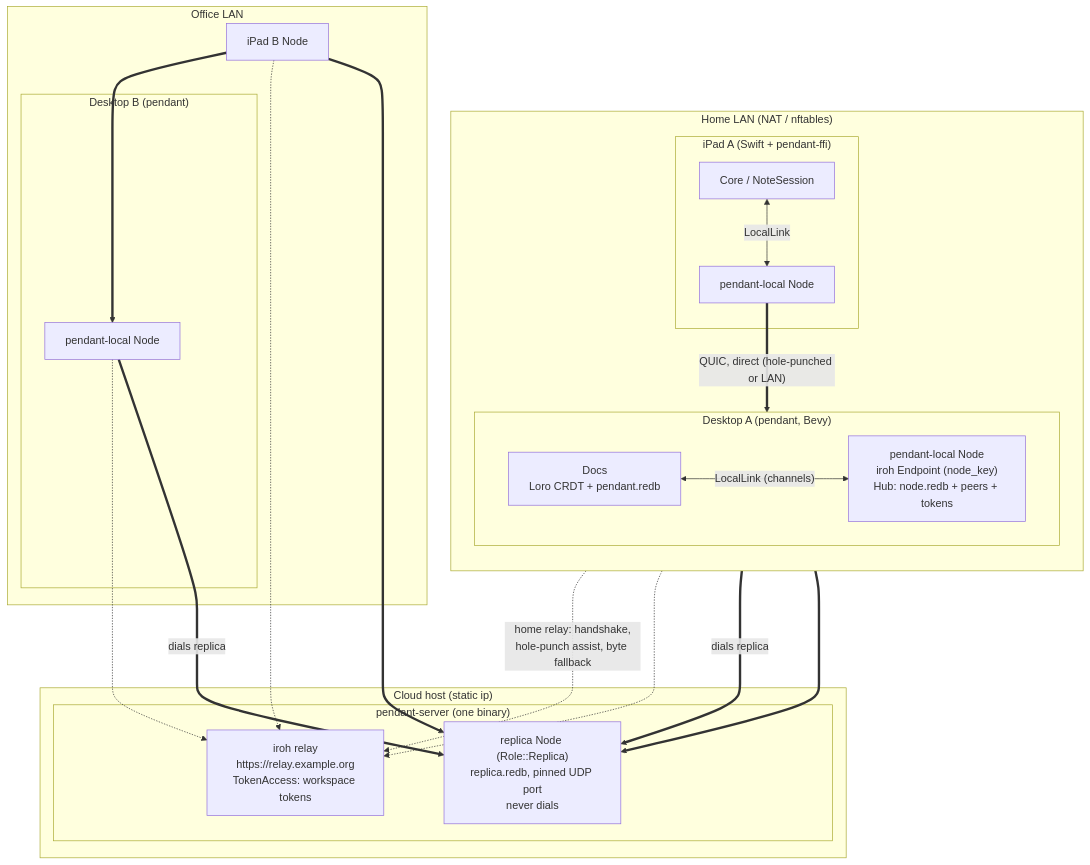
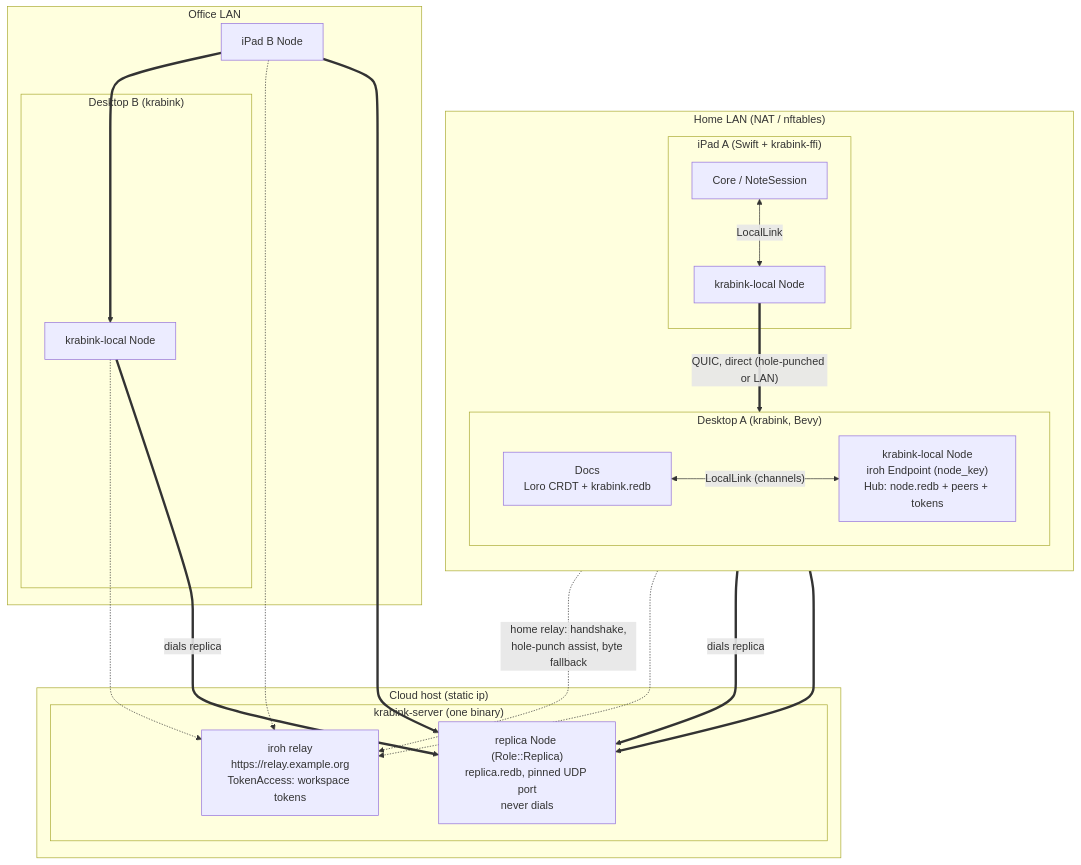
The first of 4 diagrams in docs/architecture.md (uttarayan21/krabink), drawn with Mermaid before and after one commit. The commit also changed other lines of this file and 260 other files, not shown here.

Commit message:
Rename pendant to krabink

````diff
--- a/docs/architecture.md
+++ b/docs/architecture.md
@@ -11,42 +11,42 @@
 ```mermaid
 flowchart TB
     subgraph LAN_A["Home LAN (NAT / nftables)"]
         direction TB
-        subgraph DA["Desktop A (pendant, Bevy)"]
+        subgraph DA["Desktop A (krabink, Bevy)"]
             direction LR
-            DA_app["Docs\nLoro CRDT + pendant.redb"]
-            DA_node["pendant-local Node\niroh Endpoint (node_key)\nHub: node.redb + peers + tokens"]
+            DA_app["Docs\nLoro CRDT + krabink.redb"]
+            DA_node["krabink-local Node\niroh Endpoint (node_key)\nHub: node.redb + peers + tokens"]
             DA_app <-- "LocalLink (channels)" --> DA_node
         end
-        subgraph IA["iPad A (Swift + pendant-ffi)"]
+        subgraph IA["iPad A (Swift + krabink-ffi)"]
             IA_app["Core / NoteSession"]
-            IA_node["pendant-local Node"]
+            IA_node["krabink-local Node"]
             IA_app <-- LocalLink --> IA_node
         end
         IA_node == "QUIC, direct (hole-punched or LAN)" ==> DA_node
     end
 
     subgraph WAN["Cloud host (static ip)"]
-        subgraph SRV["pendant-server (one binary)"]
+        subgraph SRV["krabink-server (one binary)"]
             RELAY["iroh relay\nhttps://relay.example.org\nTokenAccess: workspace tokens"]
             REPL["replica Node (Role::Replica)\nreplica.redb, pinned UDP port\nnever dials"]
         end
     end
 
     subgraph LAN_B["Office LAN"]
-        subgraph DB["Desktop B (pendant)"]
-            DB_node["pendant-local Node"]
+        subgraph DB["Desktop B (krabink)"]
+            DB_node["krabink-local Node"]
         end
         IB_node["iPad B Node"]
         IB_node ==> DB_node
     end
 
     DA_node -. "home relay: handshake,\nhole-punch assist, byte fallback" .-> RELAY
     IA_node -.-> RELAY
     DB_node -.-> RELAY
     IB_node -.-> RELAY
     DA_node == "dials replica" ==> REPL
     DB_node == "dials replica" ==> REPL
     IA_node ==> REPL
     IB_node ==> REPL
 ```
````
